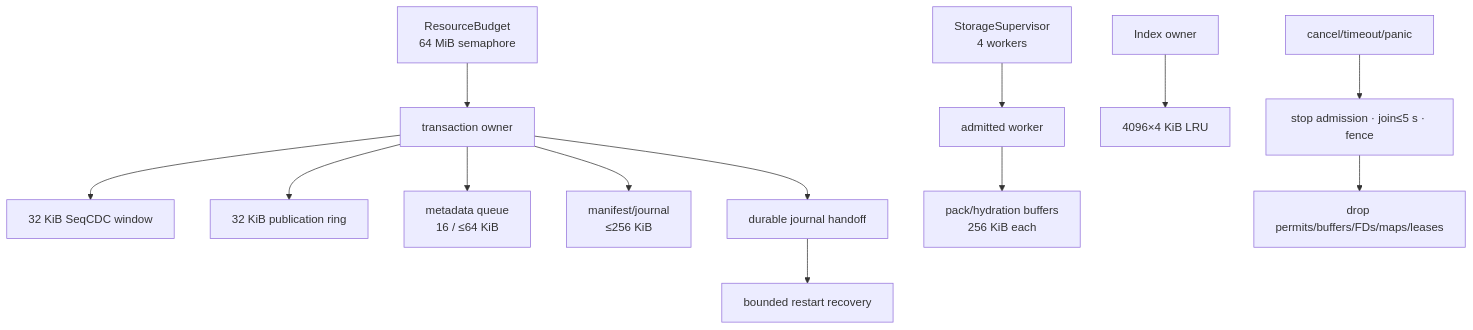
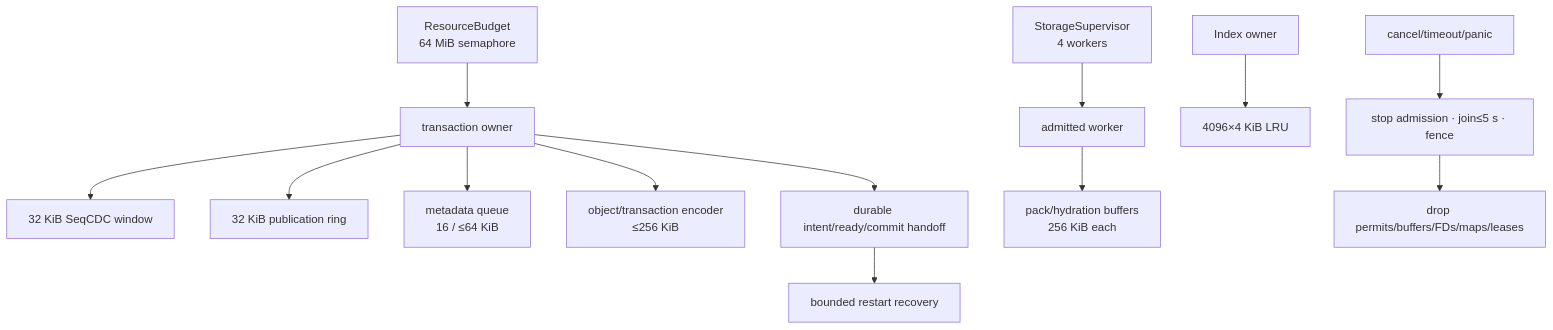
The fifth of 6 diagrams in implementation-plan/2.0 migration/phase 1/implementation/index.md (Ephemeral-AI-Lab/ephemeral-sandbox-docs), drawn with Mermaid before and after one commit. The commit also changed other lines of this file and 35 other files, not shown here.

````diff
--- a/implementation-plan/2.0 migration/phase 1/implementation/index.md
+++ b/implementation-plan/2.0 migration/phase 1/implementation/index.md
@@ -792,15 +889,15 @@
 ```mermaid
 flowchart TB
   SUP["StorageSupervisor<br/>4 workers"] --> W["admitted worker"]
   BUD["ResourceBudget<br/>64 MiB semaphore"] --> TX["transaction owner"]
   TX --> WIN["32 KiB SeqCDC window"]
   TX --> RING["32 KiB publication ring"]
   TX --> META["metadata queue<br/>16 / ≤64 KiB"]
-  TX --> ENC["manifest/journal<br/>≤256 KiB"]
+  TX --> ENC["object/transaction encoder<br/>≤256 KiB"]
   W --> IO["pack/hydration buffers<br/>256 KiB each"]
   IDX["Index owner"] --> CACHE["4096×4 KiB LRU"]
-  TX --> J["durable journal handoff"]
+  TX --> J["durable intent/ready/commit handoff"]
   CANCEL["cancel/timeout/panic"] --> JOIN["stop admission · join≤5 s · fence"]
   JOIN --> REL["drop permits/buffers/FDs/maps/leases"]
   J --> REC["bounded restart recovery"]
 ```
````
